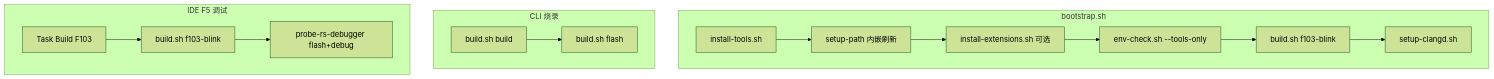
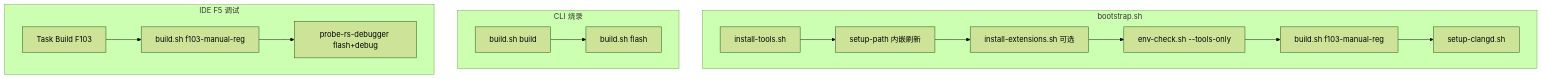
The diagram in doc/scripts-reference.md (xiaolitongxue666/embed-dev-lab), drawn with Mermaid (forest theme) before and after one commit. The commit also changed other lines of this file and 57 other files, not shown here.

First line of the commit message:
refactor(projects): migrate f103-blink to f103-manual-reg with CMSIS naming

````diff
--- a/doc/scripts-reference.md
+++ b/doc/scripts-reference.md
@@ -7,19 +7,19 @@
 ```mermaid
 flowchart TB
     subgraph bootstrap_flow [bootstrap.sh]
         B1[install-tools.sh] --> B2[setup-path 内嵌刷新]
         B2 --> B3[install-extensions.sh 可选]
         B3 --> B4[env-check.sh --tools-only]
-        B4 --> B5["build.sh f103-blink"]
+        B4 --> B5["build.sh f103-manual-reg"]
         B5 --> B6[setup-clangd.sh]
     end
 
     subgraph cli_flash [CLI 烧录]
         C1["build.sh build"] --> C2["build.sh flash"]
     end
 
     subgraph ide_flow [IDE F5 调试]
-        I1[Task Build F103] --> I2[build.sh f103-blink]
+        I1[Task Build F103] --> I2[build.sh f103-manual-reg]
         I2 --> I3[probe-rs-debugger flash+debug]
     end
 ```
````
